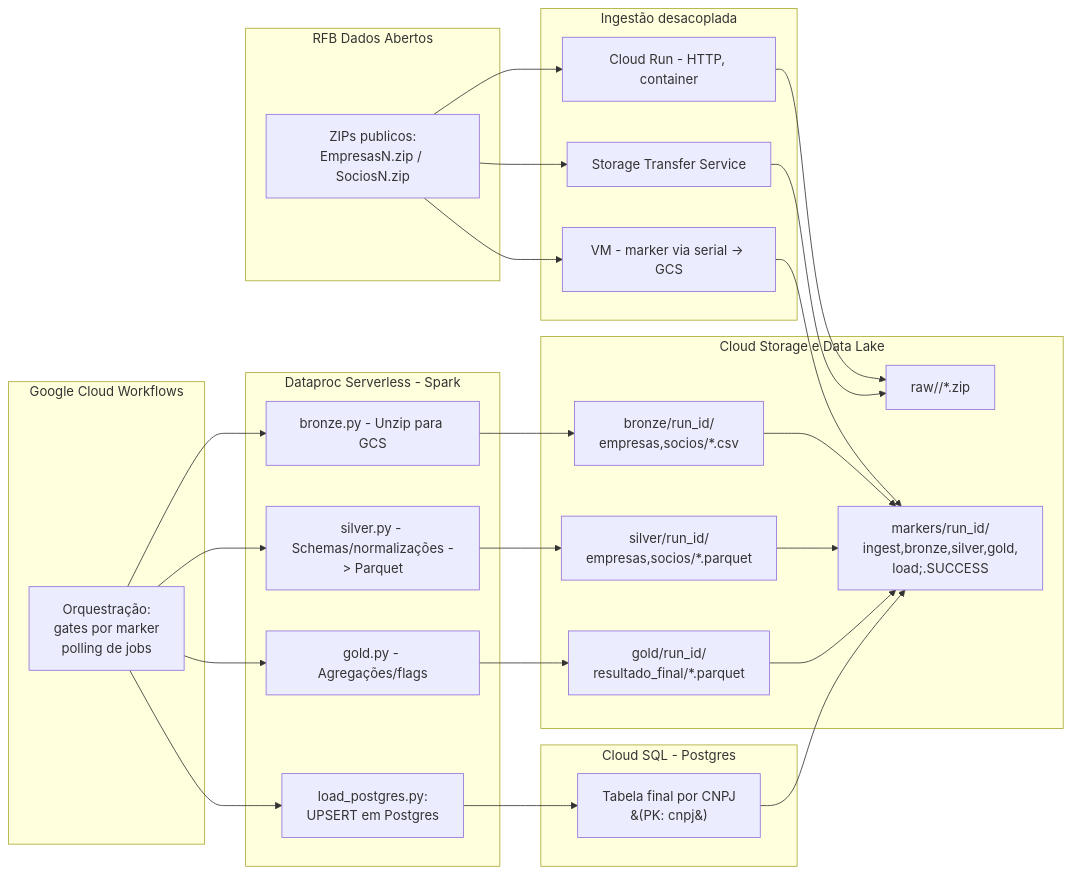
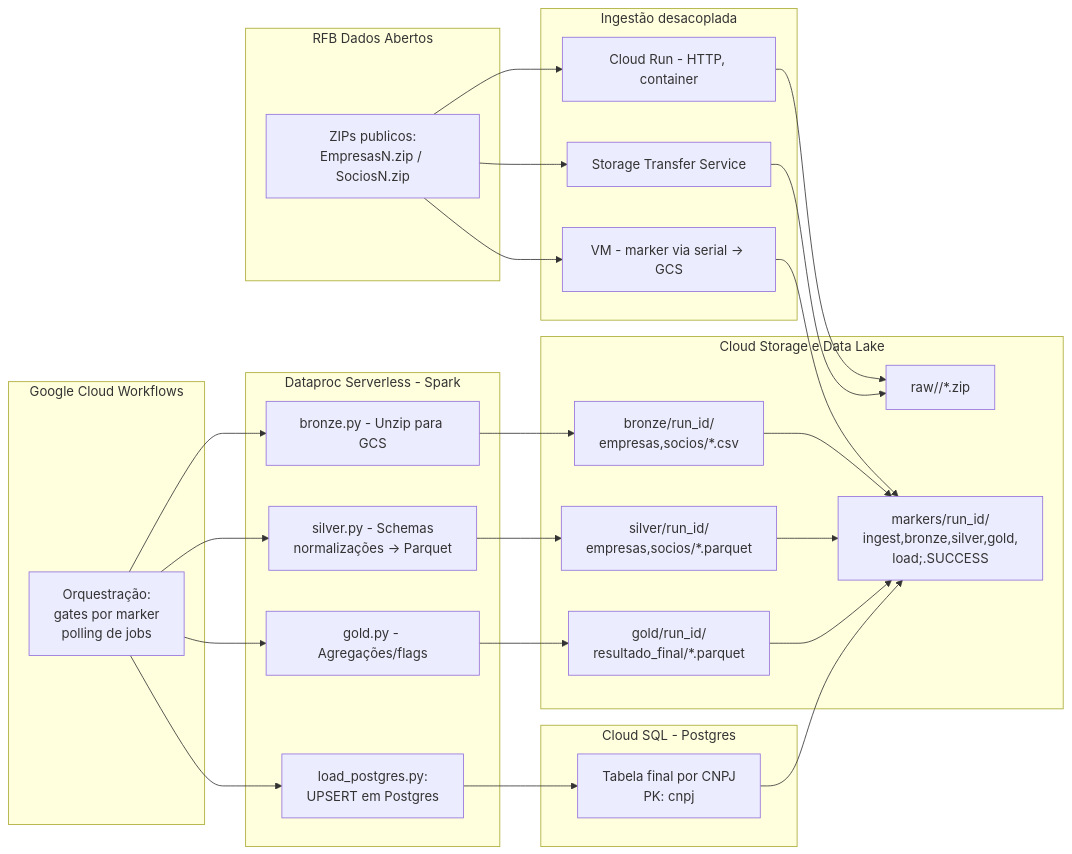
The diagram in README.md (jaquerando/case_stone), drawn with Mermaid before and after one commit.

````diff
--- a/README.md
+++ b/README.md
@@ -48,54 +48,54 @@
 ```mermaid
 flowchart LR
 
   %% === SOURCES ===
   subgraph SRC["RFB Dados Abertos"]
     s1["ZIPs publicos:<br/>EmpresasN.zip / SociosN.zip"]
   end
 
   %% === INGEST ===
   subgraph ING["Ingestão desacoplada"]
     A["Cloud Run - HTTP, container"]
     B["Storage Transfer Service"]
     C["VM - marker via serial -> GCS"]
   end
 
   %% === STORAGE ===
   subgraph GCS["Cloud Storage e Data Lake"]
     raw["raw/<run_id>/*.zip"]
     brz["bronze/run_id/<br/>empresas,socios/*.csv"]
     slv["silver/run_id/<br/>empresas,socios/*.parquet"]
     gld["gold/run_id/<br/>resultado_final/*.parquet"]
     mrk["markers/run_id/<br/>ingest,bronze,silver,gold, <br/>load;.SUCCESS"]
   end
 
   %% === WORKFLOWS ===
   subgraph WF["Google Cloud Workflows"]
     wf1["Orquestração: <br/>gates por marker <br/> polling de jobs"]
   end
 
   %% === SPARK ===
   subgraph DP["Dataproc Serverless - Spark"]
     p1["bronze.py - Unzip para GCS"]
-    p2["silver.py - Schemas/normalizações -> Parquet"]
+    p2["silver.py - Schemas<br/>normalizações -> Parquet"]
     p3["gold.py - Agregações/flags"]
     p4["load_postgres.py: <br/>UPSERT em Postgres"]
   end
 
   %% === DB ===
   subgraph SQL["Cloud SQL - Postgres "]
-    tbl["Tabela final por CNPJ<br/>&#40;PK: cnpj&#41;"]
+    tbl["Tabela final por CNPJ<br/>PK: cnpj"]
   end
 
   %% === FLOWS ===
   s1 --> A & B & C
 
   A --> raw
   B --> raw
   C --> mrk
 
   wf1 --> p1 --> brz --> mrk
   wf1 --> p2 --> slv --> mrk
   wf1 --> p3 --> gld --> mrk
   wf1 --> p4 --> tbl --> mrk
 ```
````
